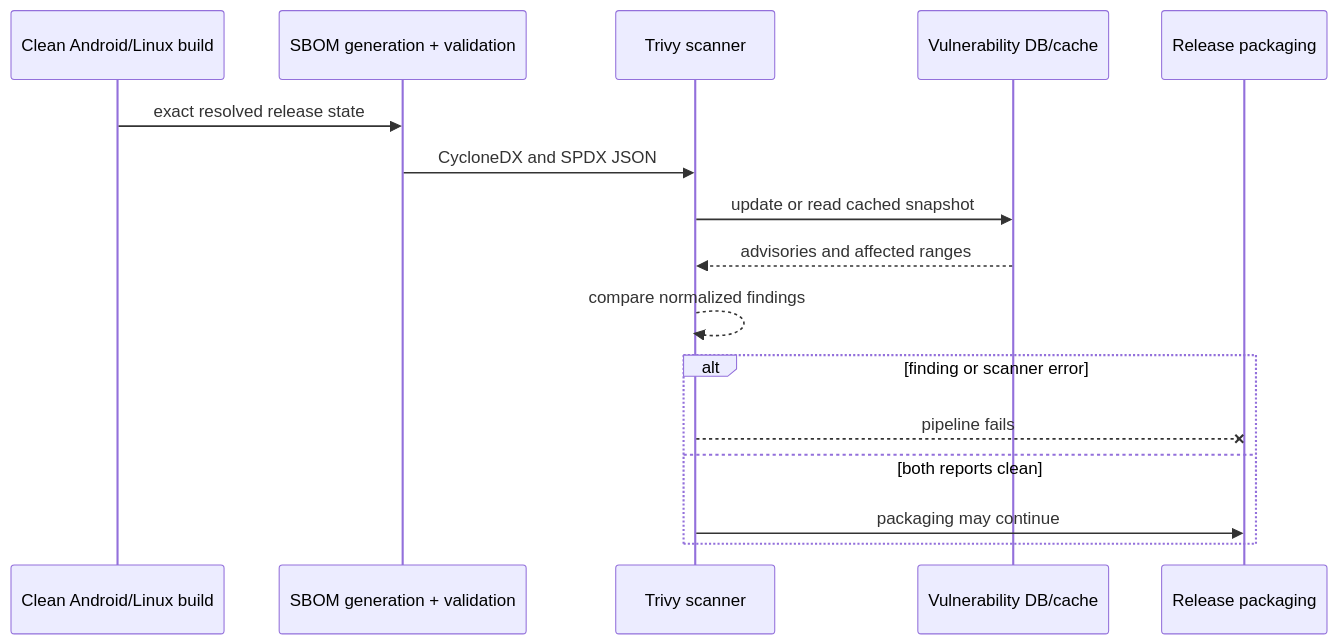
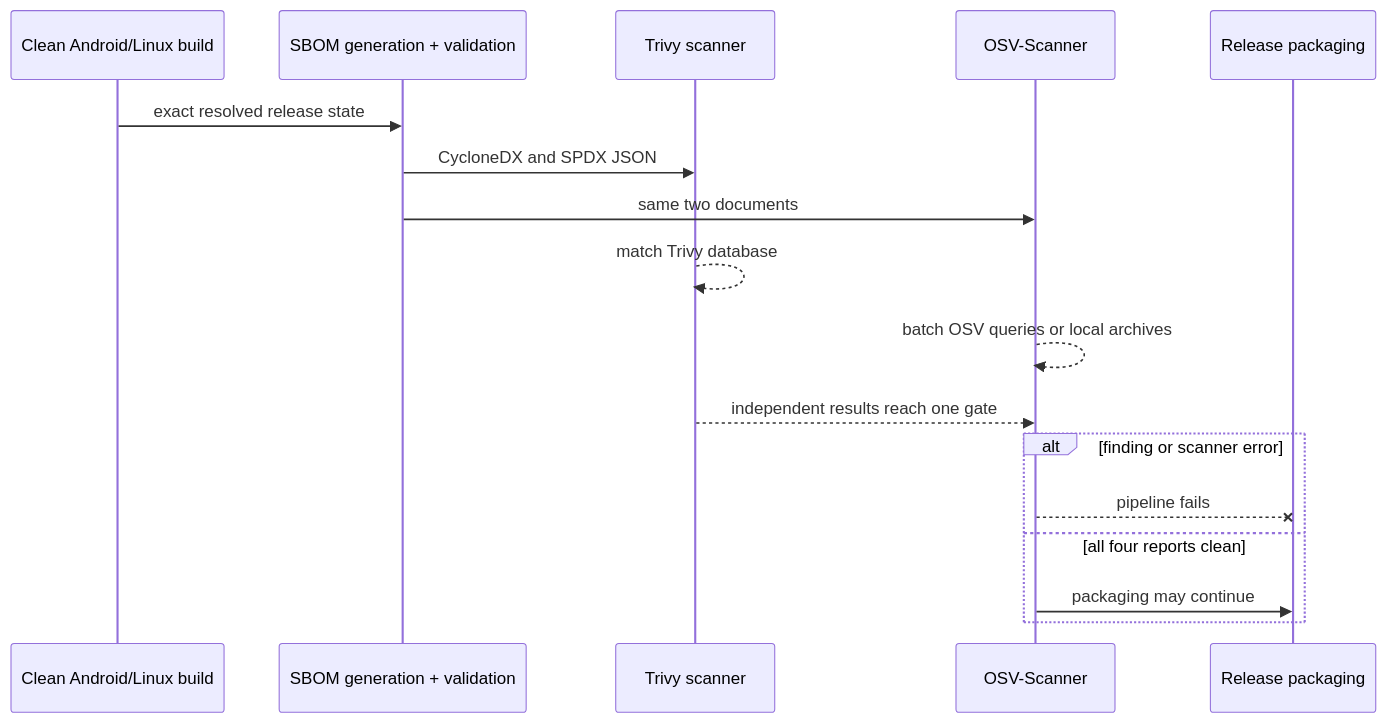
The third of 3 diagrams in docs/cveCheck.md (marcelpetrick/CroLingo), drawn with Mermaid before and after one commit. The commit also changed other lines of this file and 7 other files, not shown here.

````diff
--- a/docs/cveCheck.md
+++ b/docs/cveCheck.md
@@ -147,18 +175,19 @@
 ```mermaid
 sequenceDiagram
   participant Build as Clean Android/Linux build
   participant SBOM as SBOM generation + validation
   participant Trivy as Trivy scanner
-  participant DB as Vulnerability DB/cache
+  participant OSV as OSV-Scanner
   participant Release as Release packaging
   Build->>SBOM: exact resolved release state
   SBOM->>Trivy: CycloneDX and SPDX JSON
-  Trivy->>DB: update or read cached snapshot
-  DB-->>Trivy: advisories and affected ranges
-  Trivy-->>Trivy: compare normalized findings
+  SBOM->>OSV: same two documents
+  Trivy-->>Trivy: match Trivy database
+  OSV-->>OSV: batch OSV queries or local archives
+  Trivy-->>OSV: independent results reach one gate
   alt finding or scanner error
-    Trivy--xRelease: pipeline fails
-  else both reports clean
-    Trivy->>Release: packaging may continue
+    OSV--xRelease: pipeline fails
+  else all four reports clean
+    OSV->>Release: packaging may continue
   end
 ```
````
